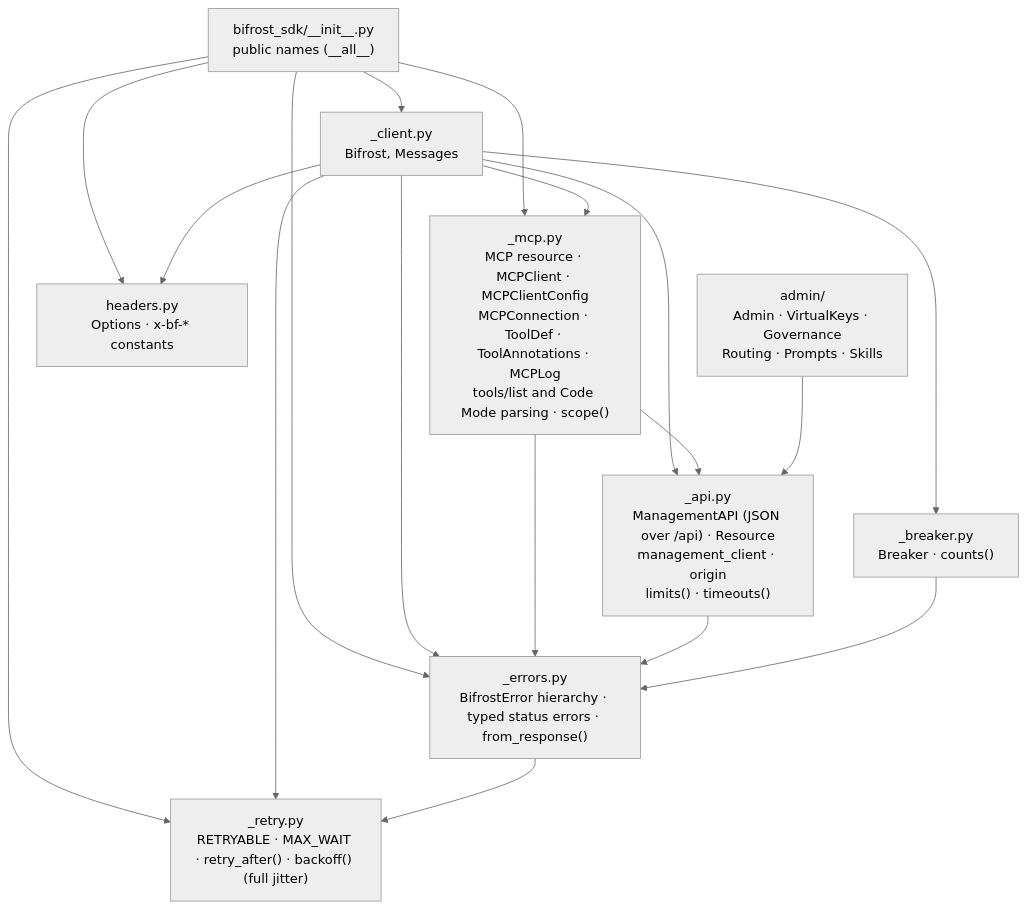
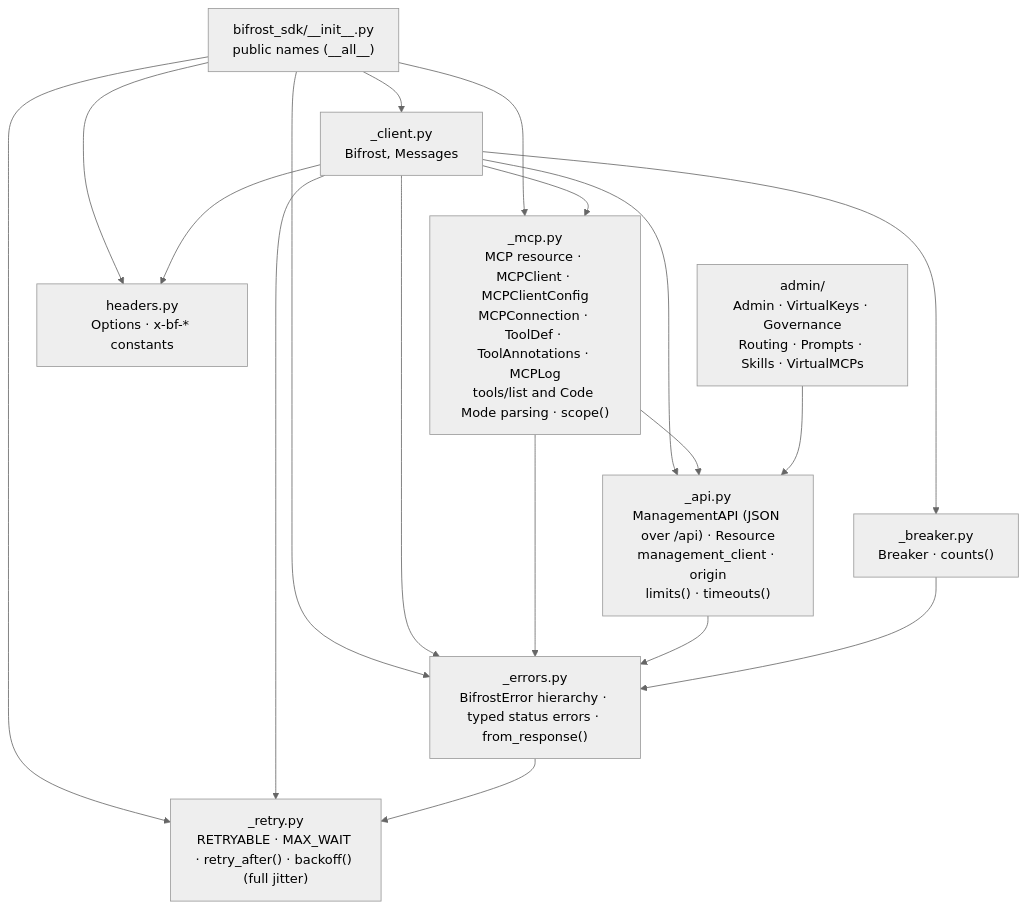
One commit to amitmohapatra/bifrost-sdk changed the second of 8 diagrams in docs/ARCHITECTURE.md. Above: the diagram before and after it, drawn with Mermaid (neutral theme). The commit also changed other lines of this file and 5 other files, not shown here.

````diff
--- a/docs/ARCHITECTURE.md
+++ b/docs/ARCHITECTURE.md
@@ -64,30 +64,30 @@
 ```mermaid
 flowchart TB
     init["bifrost_sdk/__init__.py<br/>public names (__all__)"]
     client["_client.py<br/>Bifrost, Messages"]
     mcp["_mcp.py<br/>MCP resource · MCPClient · MCPClientConfig<br/>MCPConnection · ToolDef · ToolAnnotations · MCPLog<br/>tools/list and Code Mode parsing · scope()"]
     headers["headers.py<br/>Options · x-bf-* constants"]
     api["_api.py<br/>ManagementAPI (JSON over /api) · Resource<br/>management_client · origin<br/>limits() · timeouts()"]
     retry["_retry.py<br/>RETRYABLE · MAX_WAIT · retry_after() · backoff() (full jitter)"]
     errors["_errors.py<br/>BifrostError hierarchy · typed status errors · from_response()"]
     breaker["_breaker.py<br/>Breaker · counts()"]
-    adminpkg["admin/<br/>Admin · VirtualKeys · Governance<br/>Routing · Prompts · Skills"]
+    adminpkg["admin/<br/>Admin · VirtualKeys · Governance<br/>Routing · Prompts · Skills · VirtualMCPs"]
 
     init --> client
     init --> mcp
     init --> headers
     init --> errors
     init --> retry
     client --> mcp
     client --> headers
     client --> api
     client --> breaker
     client --> retry
     client --> errors
     mcp --> api
     mcp --> errors
     adminpkg --> api
     api --> errors
     breaker --> errors
     errors --> retry
 ```
````
